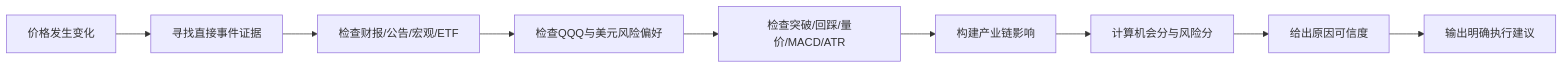
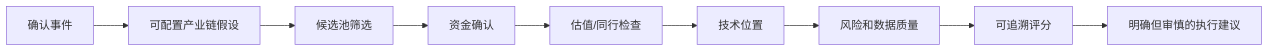
The second of 2 diagrams in README.md (corleoneJ/investment-os), drawn with Mermaid before and after one commit. The commit also changed other lines of this file and 55 other files, not shown here.

````diff
--- a/README.md
+++ b/README.md
@@ -49,11 +29,11 @@
 ```mermaid
 flowchart LR
-    P["价格发生变化"] --> Q["寻找直接事件证据"]
-    Q --> R["检查财报/公告/宏观/ETF"]
-    R --> S["检查QQQ与美元风险偏好"]
-    S --> T["检查突破/回踩/量价/MACD/ATR"]
-    T --> U["构建产业链影响"]
-    U --> V["计算机会分与风险分"]
-    V --> W["给出原因可信度"]
-    W --> X["输出明确执行建议"]
+  A["确认事件"] --> B["可配置产业链假设"]
+  B --> C["候选池筛选"]
+  C --> D["资金确认"]
+  D --> E["估值/同行检查"]
+  E --> F["技术位置"]
+  F --> G["风险和数据质量"]
+  G --> H["可追溯评分"]
+  H --> I["明确但审慎的执行建议"]
 ```
````
